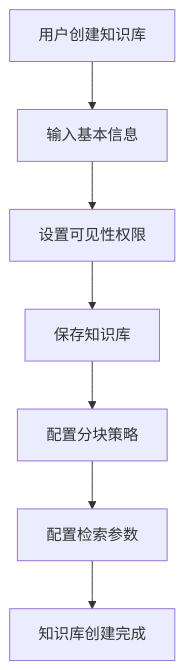
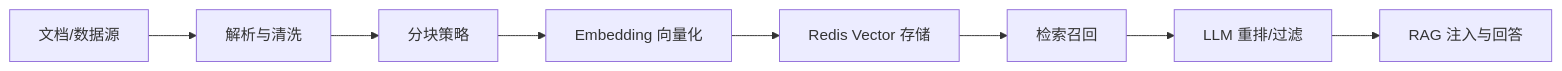
The diagram in docs/业务模块-知识库管理模块.md (508284405/smartcs-web), drawn with Mermaid before and after one commit. The commit also changed other lines of this file and 32 other files, not shown here.

````diff
--- a/docs/业务模块-知识库管理模块.md
+++ b/docs/业务模块-知识库管理模块.md
@@ -228,9 +15,10 @@
 ```mermaid
-flowchart TD
-    A[用户创建知识库] --> B[输入基本信息]
-    B --> C[设置可见性权限]
-    C --> D[保存知识库]
-    D --> E[配置分块策略]
-    E --> F[配置检索参数]
-    F --> G[知识库创建完成]
+flowchart LR
+  A[文档/数据源] --> B[解析与清洗]
+  B --> C[分块策略]
+  C --> D[Embedding 向量化]
+  D --> E[Redis Vector 存储]
+  E --> F[检索召回]
+  F --> G[LLM 重排/过滤]
+  G --> H[RAG 注入与回答]
 ```
````
